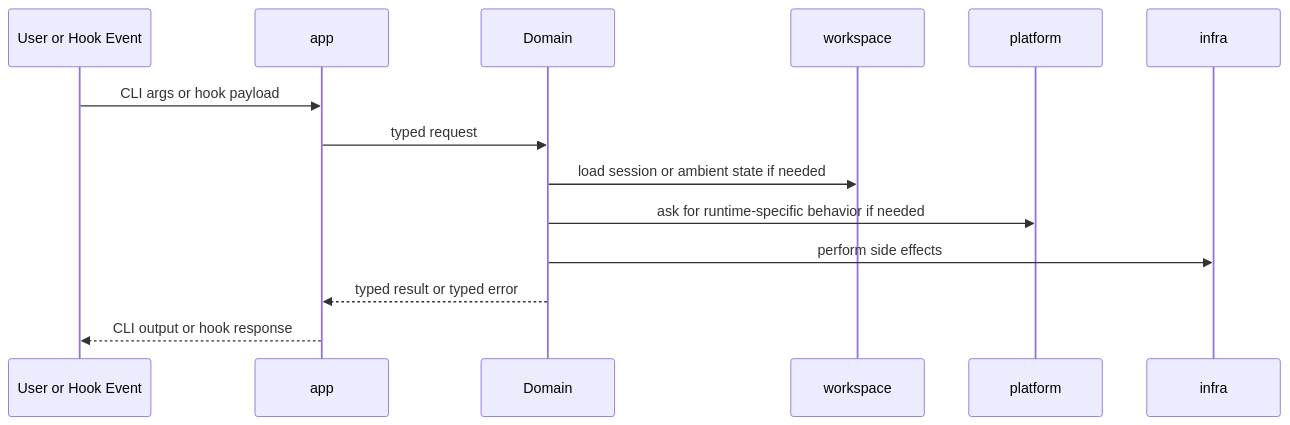
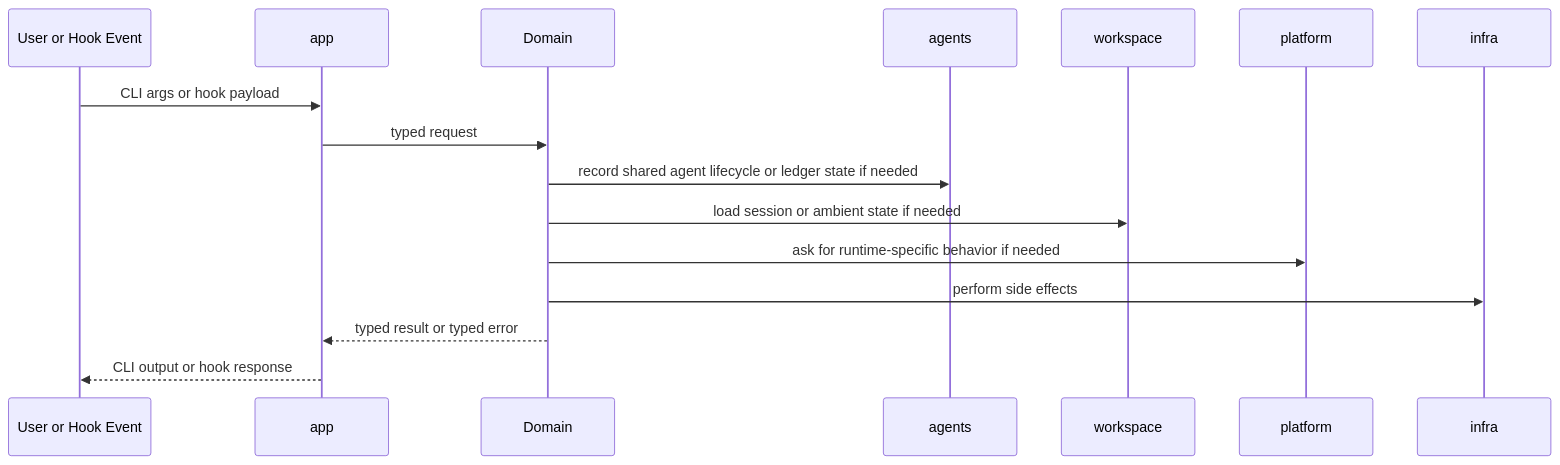
One commit to smykla-skalski/harness changed the second of 3 diagrams in ARCHITECTURE.md. Above: the diagram before and after it, drawn with Mermaid. The commit also changed other lines of this file and 8 other files, not shown here.

````diff
--- a/ARCHITECTURE.md
+++ b/ARCHITECTURE.md
@@ -99,17 +128,19 @@
 ```mermaid
 sequenceDiagram
     participant U as User or Hook Event
     participant A as app
     participant D as Domain
+    participant G as agents
     participant W as workspace
     participant P as platform
     participant I as infra
 
     U->>A: CLI args or hook payload
     A->>D: typed request
+    D->>G: record shared agent lifecycle or ledger state if needed
     D->>W: load session or ambient state if needed
     D->>P: ask for runtime-specific behavior if needed
     D->>I: perform side effects
     D-->>A: typed result or typed error
     A-->>U: CLI output or hook response
 ```
````
